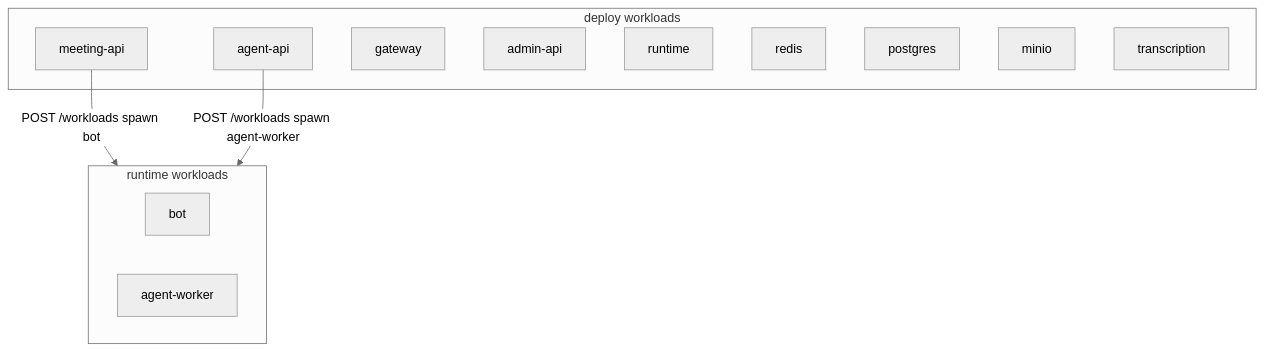
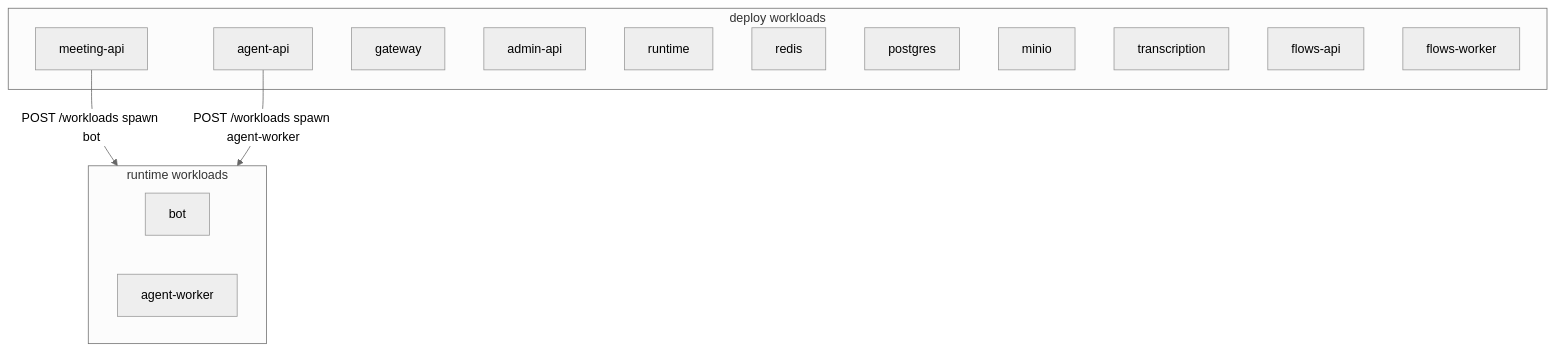
One commit to Vexa-ai/vexa-core changed the diagram in docs/views/deployment.mmd. Above: the diagram before and after it, drawn with Mermaid (neutral theme). The commit also changed 293 other files, not shown here.

```diff
--- a/docs/views/deployment.mmd
+++ b/docs/views/deployment.mmd
@@ -1,19 +1,23 @@
 %% GENERATED — pnpm arch:dsl --write
 flowchart TB
   subgraph runtime_wl["runtime workloads"]
     bot["bot"]
     agent_worker["agent-worker"]
   end
   meeting_api -->|"POST /workloads spawn bot"| runtime_wl
   agent_api -->|"POST /workloads spawn agent-worker"| runtime_wl
   subgraph deploy_wl["deploy workloads"]
     gateway["gateway"]
     meeting_api["meeting-api"]
     agent_api["agent-api"]
     admin_api["admin-api"]
     runtime["runtime"]
     redis["redis"]
     postgres["postgres"]
     minio["minio"]
     transcription["transcription"]
   end
+  subgraph deploy_wl["deploy workloads"]
+    flows_api["flows-api"]
+    flows_worker["flows-worker"]
+  end
```
